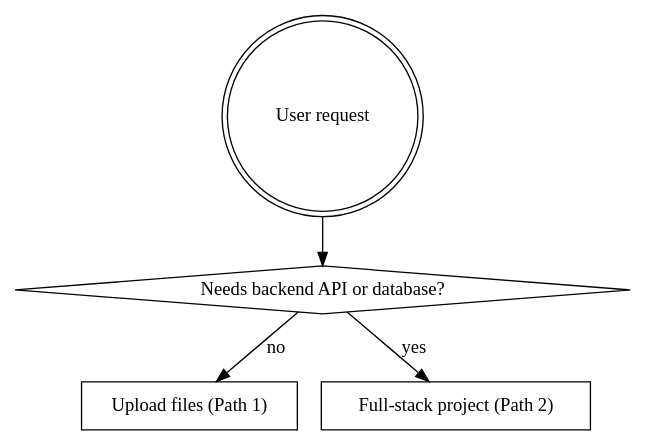
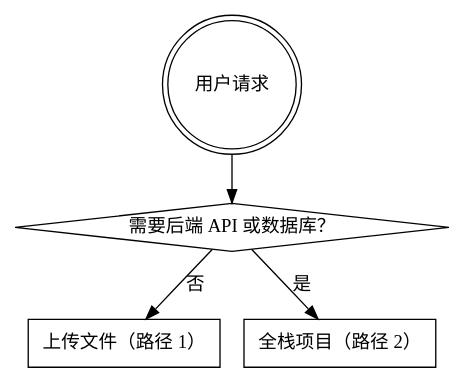
The first of 3 diagrams in skills/pinme/SKILL.md (glitternetwork/pinme), drawn with Graphviz before and after one commit. The commit also changed other lines of this file, not shown here.

````diff
--- a/skills/pinme/SKILL.md
+++ b/skills/pinme/SKILL.md
@@ -12,12 +12,12 @@
 ```dot
 digraph pinme_decision {
-    "User request" [shape=doublecircle];
-    "Needs backend API or database?" [shape=diamond];
-    "Upload files (Path 1)" [shape=box];
-    "Full-stack project (Path 2)" [shape=box];
+    "用户请求" [shape=doublecircle];
+    "需要后端 API 或数据库？" [shape=diamond];
+    "上传文件（路径 1）" [shape=box];
+    "全栈项目（路径 2）" [shape=box];
 
-    "User request" -> "Needs backend API or database?";
-    "Needs backend API or database?" -> "Upload files (Path 1)" [label="no"];
-    "Needs backend API or database?" -> "Full-stack project (Path 2)" [label="yes"];
+    "用户请求" -> "需要后端 API 或数据库？";
+    "需要后端 API 或数据库？" -> "上传文件（路径 1）" [label="否"];
+    "需要后端 API 或数据库？" -> "全栈项目（路径 2）" [label="是"];
 }
 ```
````
